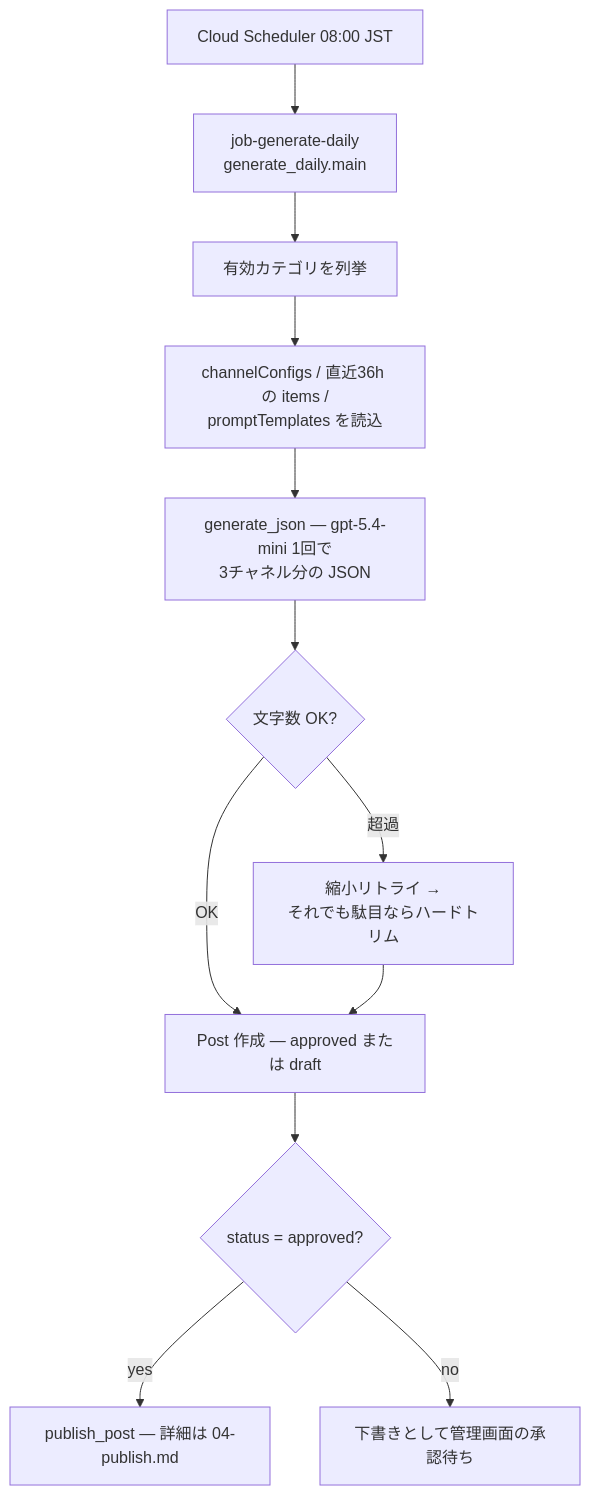
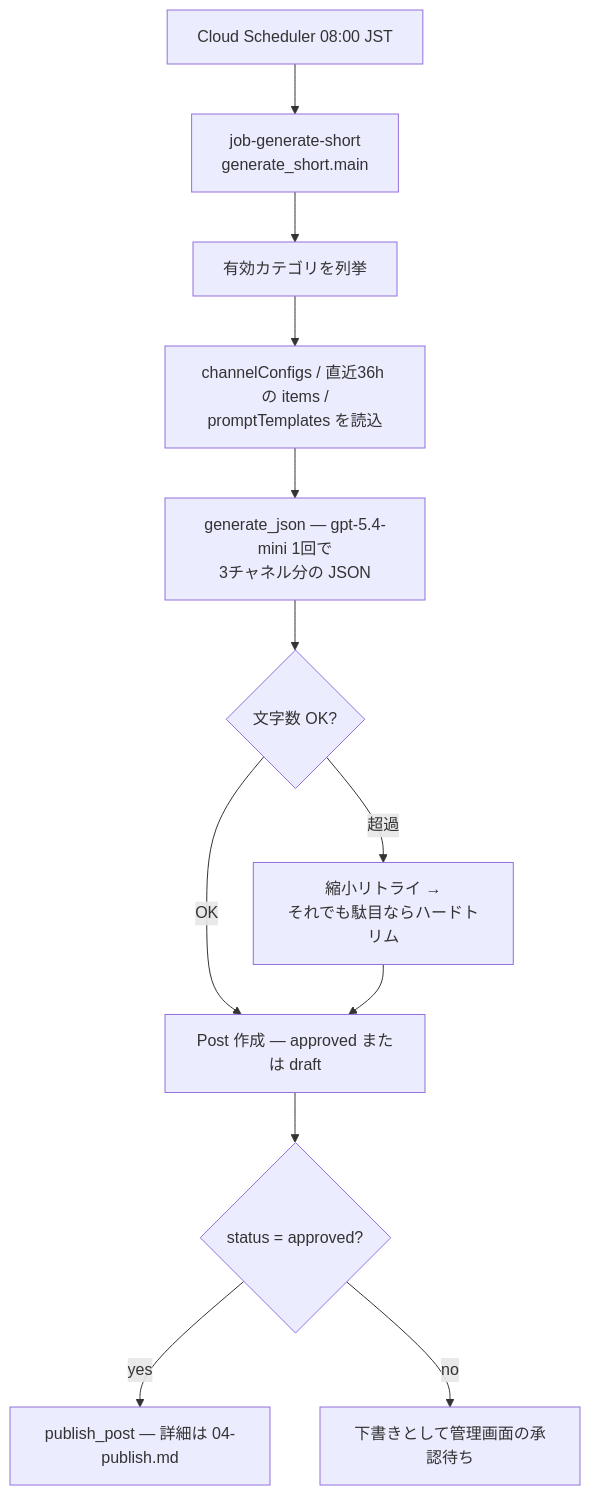
One commit to moc9058/trend-news-generator changed the first of 2 diagrams in docs/tech-report/05-detailed-design/03-generate.md. Above: the diagram before and after it, drawn with Mermaid. The commit also changed other lines of this file and 65 other files, not shown here.

````diff
--- a/docs/tech-report/05-detailed-design/03-generate.md
+++ b/docs/tech-report/05-detailed-design/03-generate.md
@@ -37,14 +37,14 @@
 ```mermaid
 flowchart TD
-  A["Cloud Scheduler 08:00 JST"] --> B["job-generate-daily<br>generate_daily.main"]
+  A["Cloud Scheduler 08:00 JST"] --> B["job-generate-short<br>generate_short.main"]
   B --> C["有効カテゴリを列挙"]
   C --> D["channelConfigs / 直近36h の items /<br>promptTemplates を読込"]
   D --> E["generate_json — gpt-5.4-mini 1回で<br>3チャネル分の JSON"]
   E --> F{"文字数 OK?"}
   F -- "超過" --> G["縮小リトライ →<br>それでも駄目ならハードトリム"]
   F -- "OK" --> H["Post 作成 — approved または draft"]
   G --> H
   H --> I{"status = approved?"}
   I -- "yes" --> J["publish_post — 詳細は 04-publish.md"]
   I -- "no" --> K["下書きとして管理画面の承認待ち"]
 ```
````
